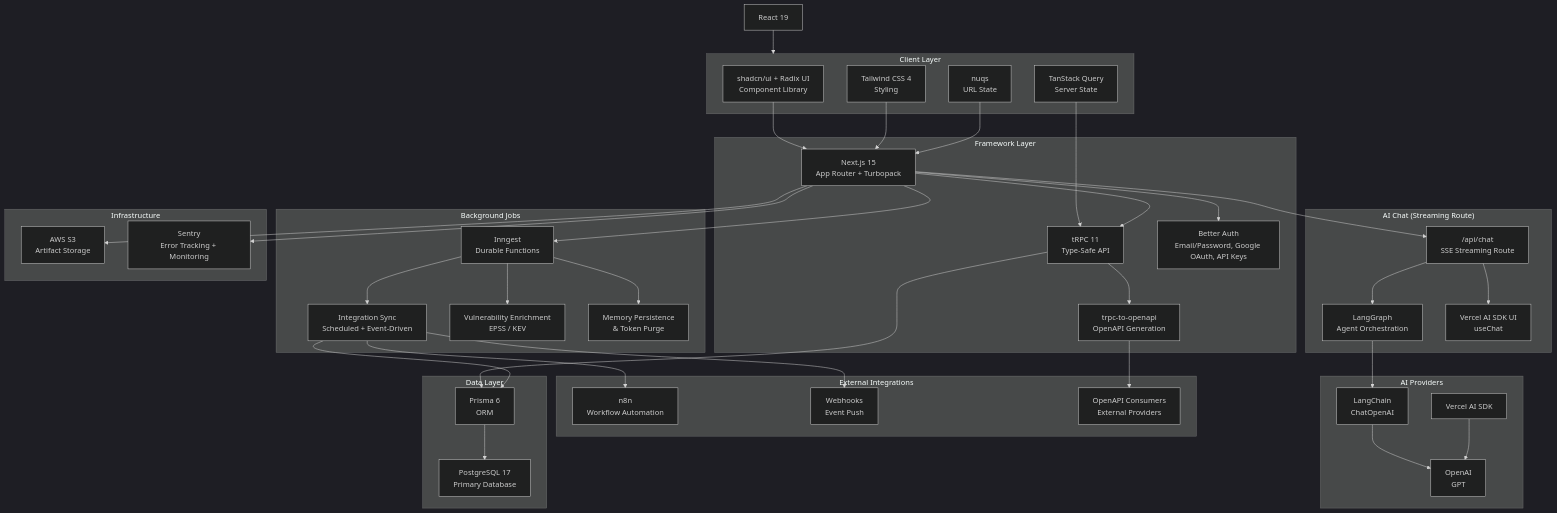
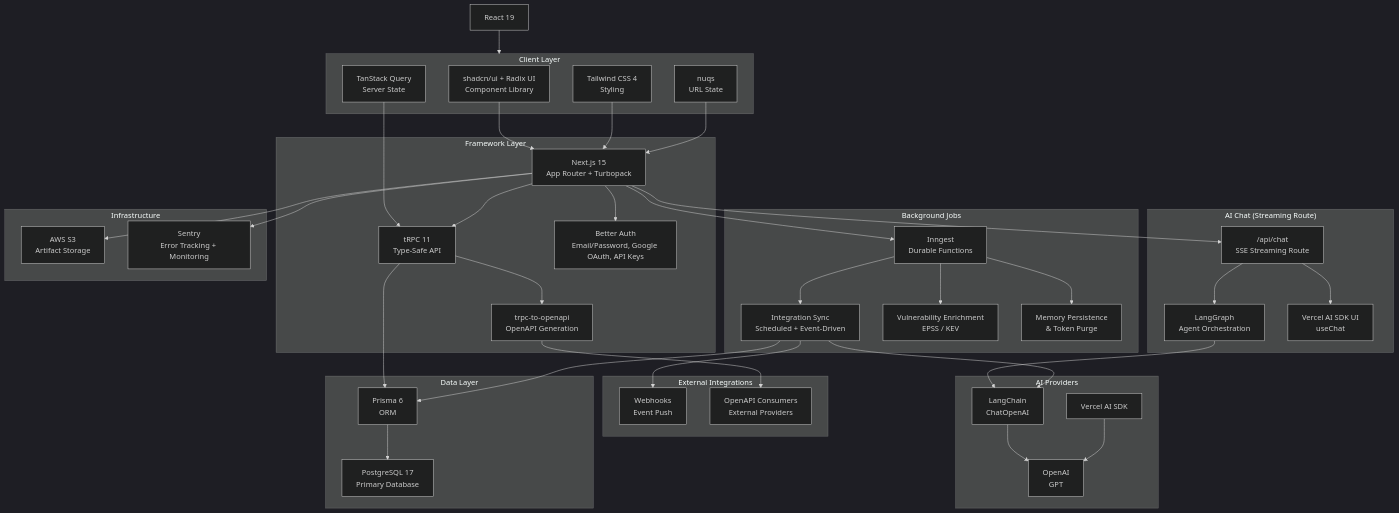
One commit to PATCH-UPGRADE/viper changed the first of 2 diagrams in docs/tech-stack.md. Above: the diagram before and after it, drawn with Mermaid (dark theme). The commit also changed other lines of this file and 23 other files, not shown here.

Commit message:
[VW-525] Replace the n8n AI sync workflow with an in-repo LangGraph crawler

```diff
--- a/docs/tech-stack.md
+++ b/docs/tech-stack.md
@@ -38,7 +38,6 @@
     end
 
     subgraph external ["External Integrations"]
-        N8N["n8n<br/>Workflow Automation"]
         Webhooks["Webhooks<br/>Event Push"]
         ExternalAPI["OpenAPI Consumers<br/>External Providers"]
     end
@@ -79,7 +78,7 @@
 
     VercelAI --> OpenAIProvider
 
-    IntegrationSync --> N8N
+    IntegrationSync --> LangChain
     IntegrationSync --> Webhooks
     IntegrationSync --> Prisma
 
```
